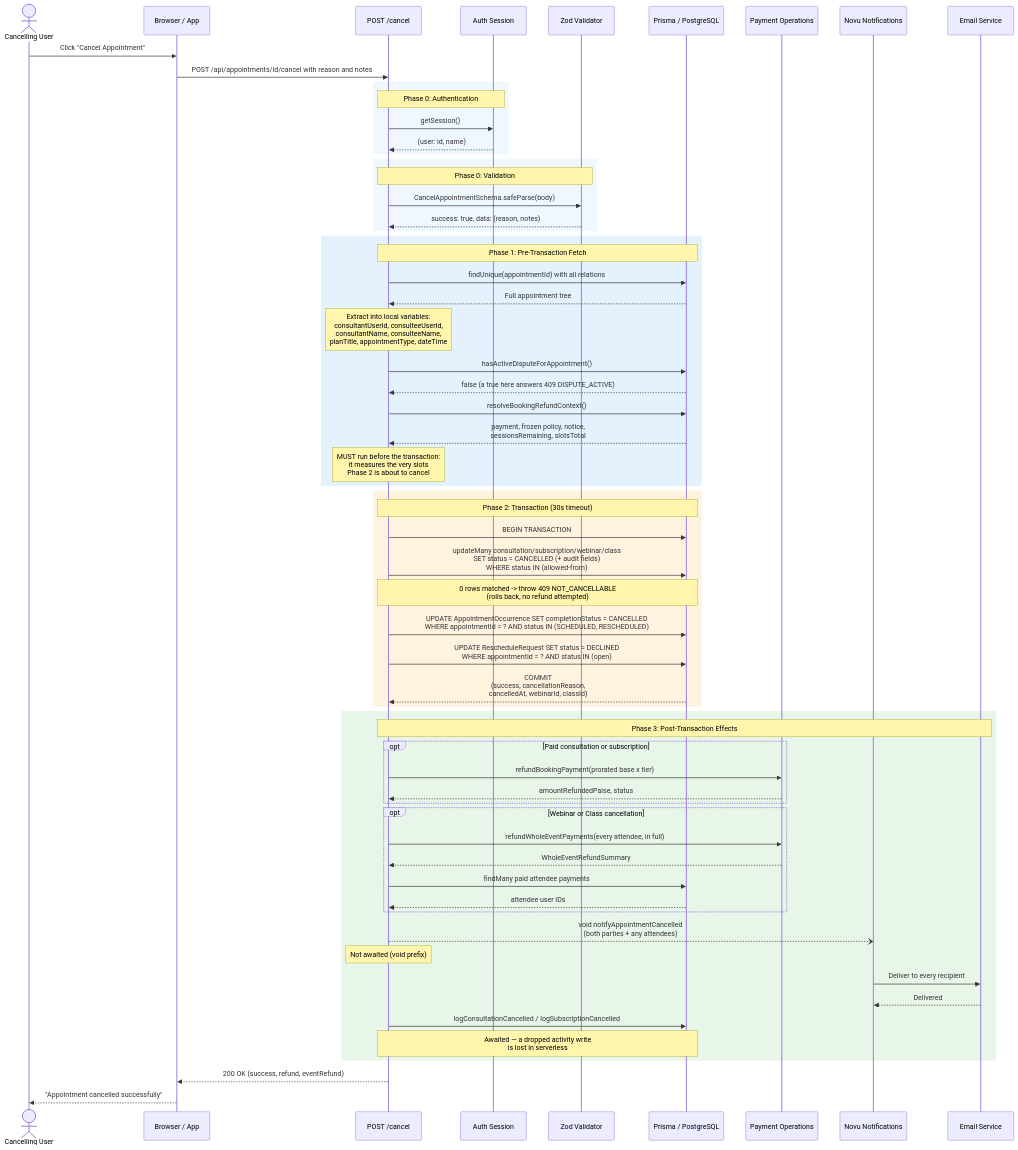
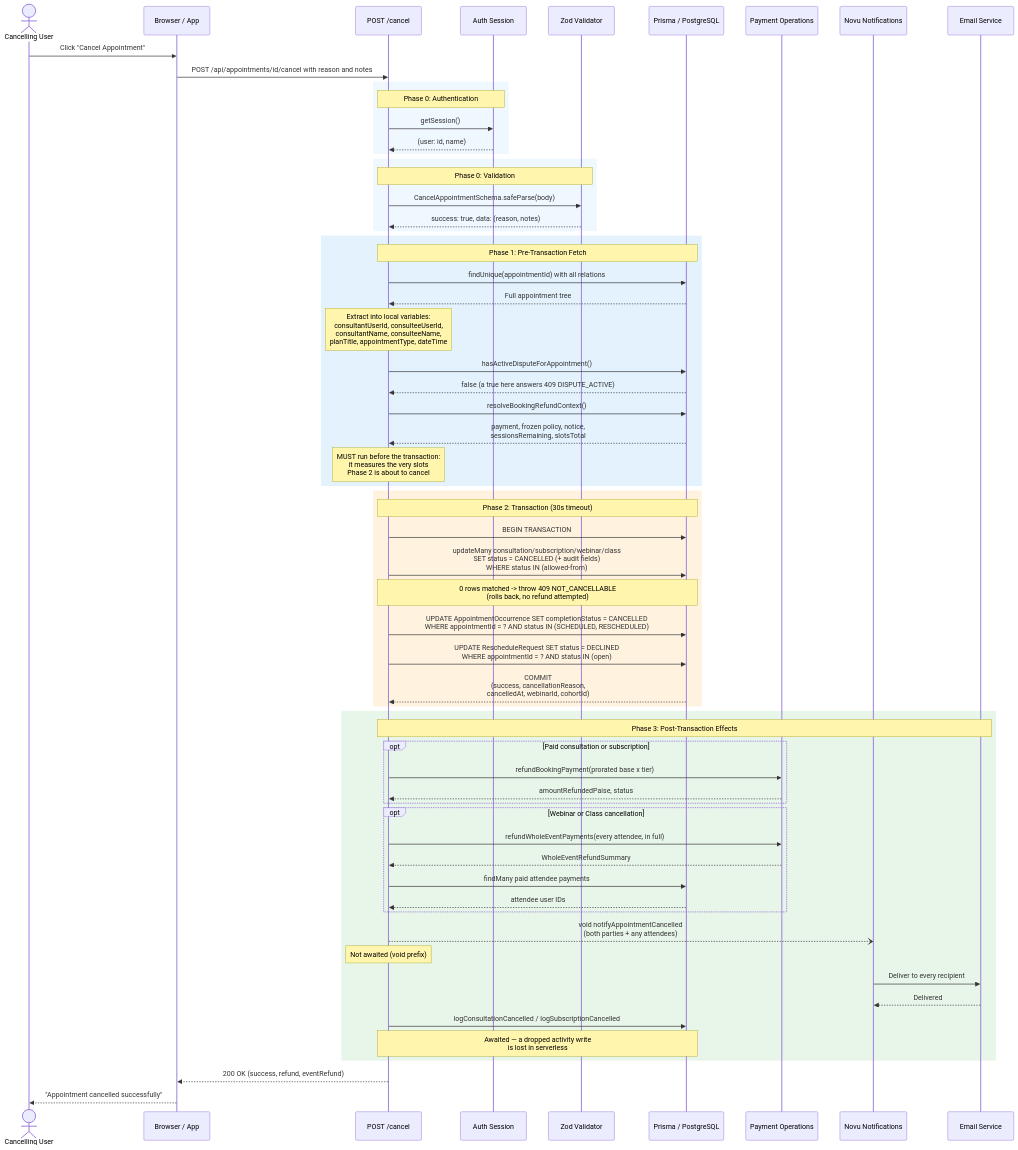
Before and after one commit to Practitionist/familiarise_web: diagram 14 of 14 in docs/booking/08-cancellation-flow.md, drawn with Mermaid. The commit also changed other lines of this file and 89 other files, not shown here.

````diff
--- a/docs/booking/08-cancellation-flow.md
+++ b/docs/booking/08-cancellation-flow.md
@@ -1268,76 +1268,76 @@
 ```mermaid
 sequenceDiagram
     actor User as Cancelling User
     participant Client as Browser / App
     participant API as POST /cancel
     participant Auth as Auth Session
     participant Zod as Zod Validator
     participant DB as Prisma / PostgreSQL
     participant Pay as Payment Operations
     participant Novu as Novu Notifications
     participant Email as Email Service
 
     User->>Client: Click "Cancel Appointment"
     Client->>API: POST /api/appointments/id/cancel with reason and notes
 
     rect rgb(240, 248, 255)
         Note over API,Auth: Phase 0: Authentication
         API->>Auth: getSession()
         Auth-->>API: (user: id, name)
     end
 
     rect rgb(240, 248, 255)
         Note over API,Zod: Phase 0: Validation
         API->>Zod: CancelAppointmentSchema.safeParse(body)
         Zod-->>API: success: true, data: (reason, notes)
     end
 
     rect rgb(227, 242, 253)
         Note over API,DB: Phase 1: Pre-Transaction Fetch
         API->>DB: findUnique(appointmentId) with all relations
         DB-->>API: Full appointment tree
         Note over API: Extract into local variables:<br/>consultantUserId, consulteeUserId,<br/>consultantName, consulteeName,<br/>planTitle, appointmentType, dateTime
         API->>DB: hasActiveDisputeForAppointment()
         DB-->>API: false (a true here answers 409 DISPUTE_ACTIVE)
         API->>DB: resolveBookingRefundContext()
         DB-->>API: payment, frozen policy, notice,<br/>sessionsRemaining, slotsTotal
         Note over API: MUST run before the transaction:<br/>it measures the very slots<br/>Phase 2 is about to cancel
     end
 
     rect rgb(255, 243, 224)
         Note over API,DB: Phase 2: Transaction (30s timeout)
         API->>DB: BEGIN TRANSACTION
         API->>DB: updateMany consultation/subscription/webinar/class<br/>SET status = CANCELLED (+ audit fields)<br/>WHERE status IN (allowed-from)
         Note over API,DB: 0 rows matched -> throw 409 NOT_CANCELLABLE<br/>(rolls back, no refund attempted)
         API->>DB: UPDATE AppointmentOccurrence SET completionStatus = CANCELLED<br/>WHERE appointmentId = ? AND status IN (SCHEDULED, RESCHEDULED)
         API->>DB: UPDATE RescheduleRequest SET status = DECLINED<br/>WHERE appointmentId = ? AND status IN (open)
-        DB-->>API: COMMIT<br/>(success, cancellationReason,<br/>cancelledAt, webinarId, classId)
+        DB-->>API: COMMIT<br/>(success, cancellationReason,<br/>cancelledAt, webinarId, cohortId)
     end
 
     rect rgb(232, 245, 233)
         Note over API,Email: Phase 3: Post-Transaction Effects
 
         opt Paid consultation or subscription
             API->>Pay: refundBookingPayment(prorated base x tier)
             Pay-->>API: amountRefundedPaise, status
         end
 
         opt Webinar or Class cancellation
             API->>Pay: refundWholeEventPayments(every attendee, in full)
             Pay-->>API: WholeEventRefundSummary
             API->>DB: findMany paid attendee payments
             DB-->>API: attendee user IDs
         end
 
         API--)Novu: void notifyAppointmentCancelled<br/>(both parties + any attendees)
         Note over API: Not awaited (void prefix)
         Novu->>Email: Deliver to every recipient
         Email-->>Novu: Delivered
 
         API->>DB: logConsultationCancelled / logSubscriptionCancelled
         Note over API,DB: Awaited — a dropped activity write<br/>is lost in serverless
     end
 
     API-->>Client: 200 OK (success, refund, eventRefund)
     Client-->>User: "Appointment cancelled successfully"
 ```
````
